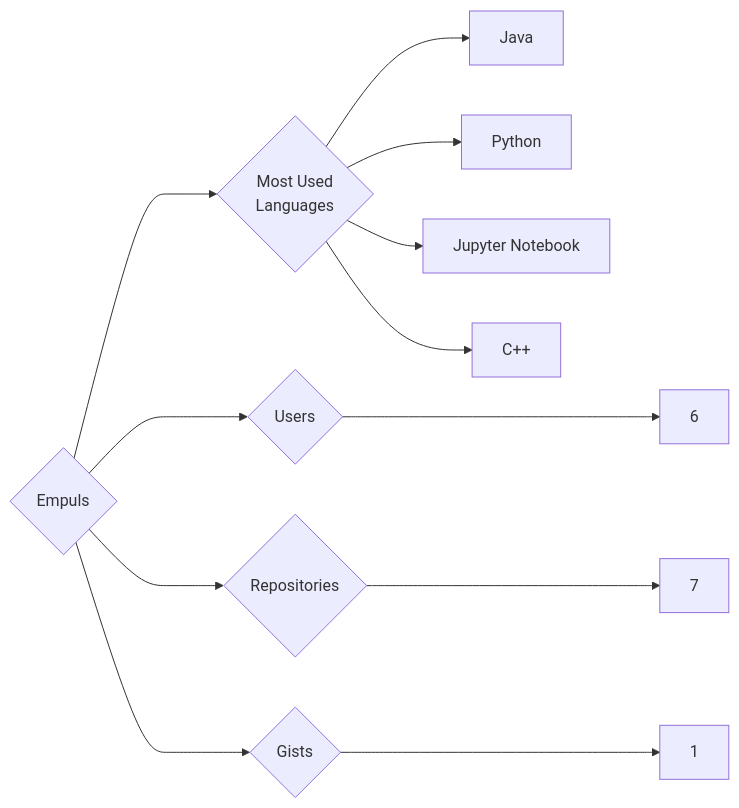
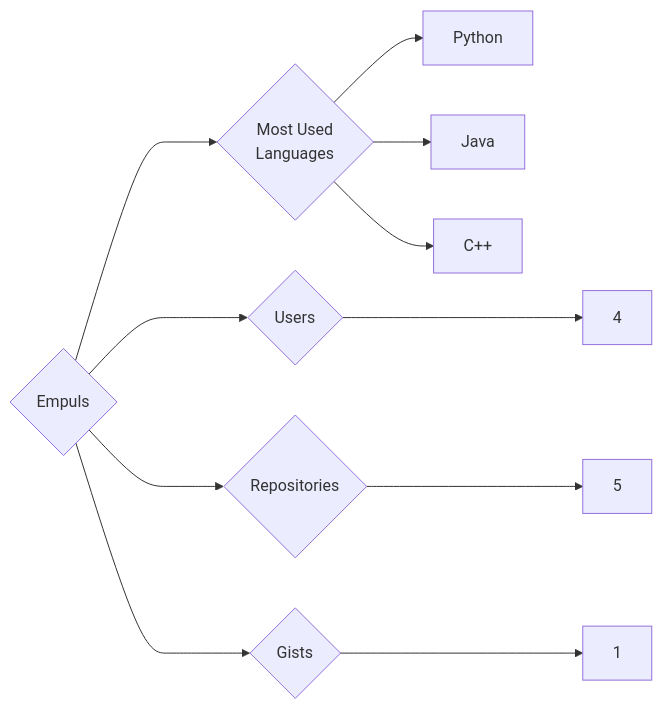
The diagram in targets/Empuls/README.md (trickest/insiders), drawn with Mermaid before and after one commit. The commit also changed 1175 other files, not shown here.

````diff
--- a/targets/Empuls/README.md
+++ b/targets/Empuls/README.md
@@ -3,12 +3,11 @@
 ```mermaid
 graph LR
 COMPANY_NAME{Empuls}
-COMPANY_NAME ---> U{Users} ---> UN[6]
-COMPANY_NAME ---> R{Repositories} ---> RN[7]
+COMPANY_NAME ---> U{Users} ---> UN[4]
+COMPANY_NAME ---> R{Repositories} ---> RN[5]
 COMPANY_NAME ---> G{Gists} ---> GN[1]
 COMPANY_NAME ---> ML{Most Used<br>Languages}
+ML --> Python[Python]
 ML --> Java[Java]
-ML --> Python[Python]
-ML --> Jupyter_Notebook[Jupyter Notebook]
 ML --> C++[C++]
 ```
````
